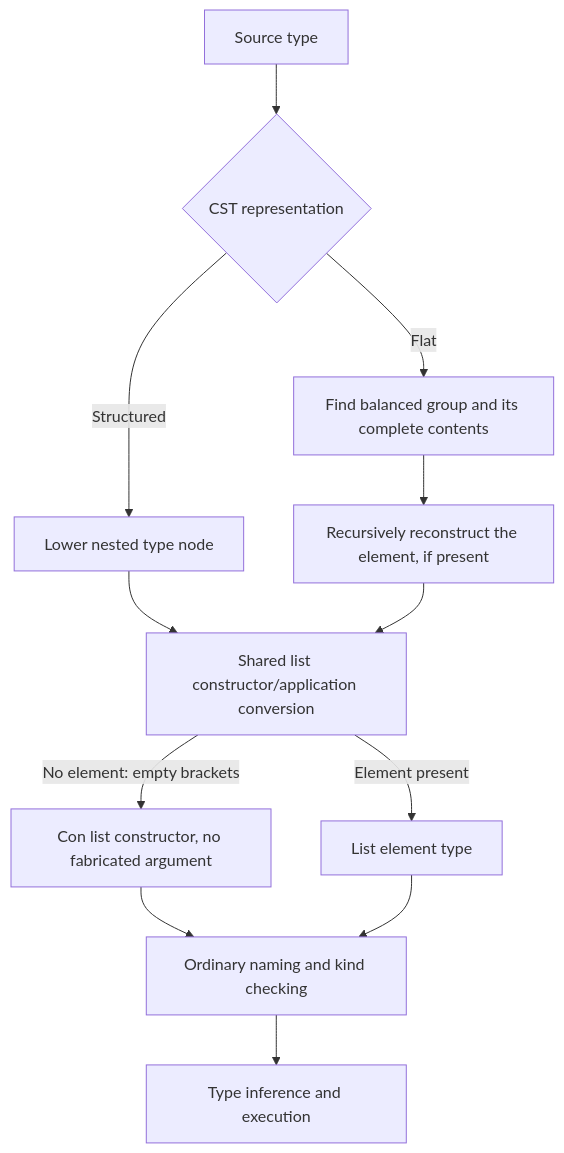
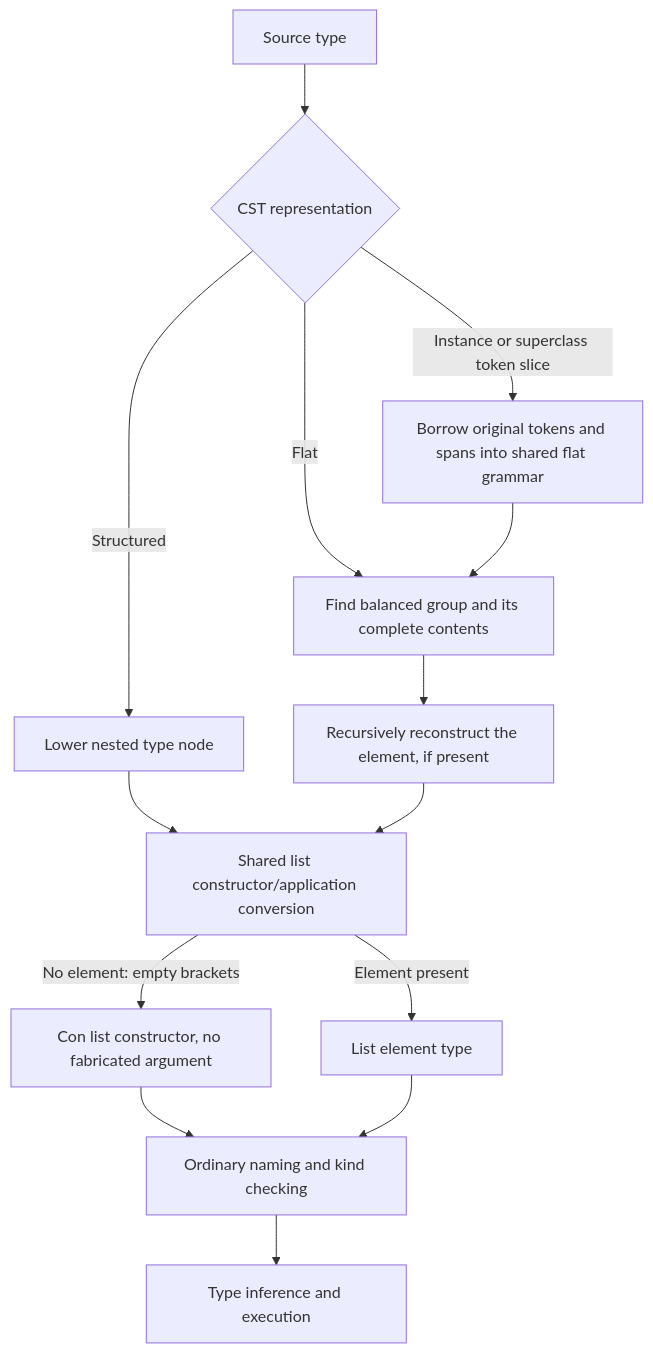
One commit to loveJesus/haskelujah-chirho changed the diagram in spec-chirho/workflows-chirho/language-features-chirho/flat-type-syntax-chirho.md. Above: the diagram before and after it, drawn with Mermaid. The commit also changed other lines of this file and 26 other files, not shown here.

````diff
--- a/spec-chirho/workflows-chirho/language-features-chirho/flat-type-syntax-chirho.md
+++ b/spec-chirho/workflows-chirho/language-features-chirho/flat-type-syntax-chirho.md
@@ -9,14 +9,16 @@
 ```mermaid
 flowchart TD
     A[Source type] --> B{CST representation}
     B -->|Structured| C[Lower nested type node]
     B -->|Flat| D[Find balanced group and its complete contents]
+    B -->|Instance or superclass token slice| K[Borrow original tokens and spans into shared flat grammar]
+    K --> D
     D --> E[Recursively reconstruct the element, if present]
     C --> F[Shared list constructor/application conversion]
     E --> F
     F -->|No element: empty brackets| G[Con list constructor, no fabricated argument]
     F -->|Element present| H[List element type]
     G --> I[Ordinary naming and kind checking]
     H --> I
     I --> J[Type inference and execution]
 ```
````
